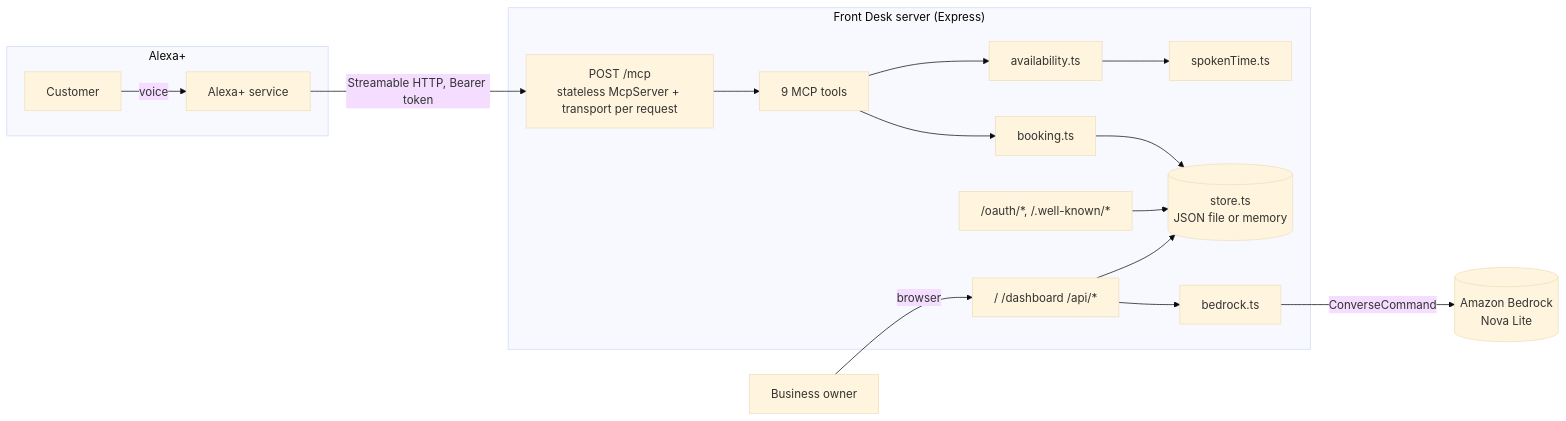
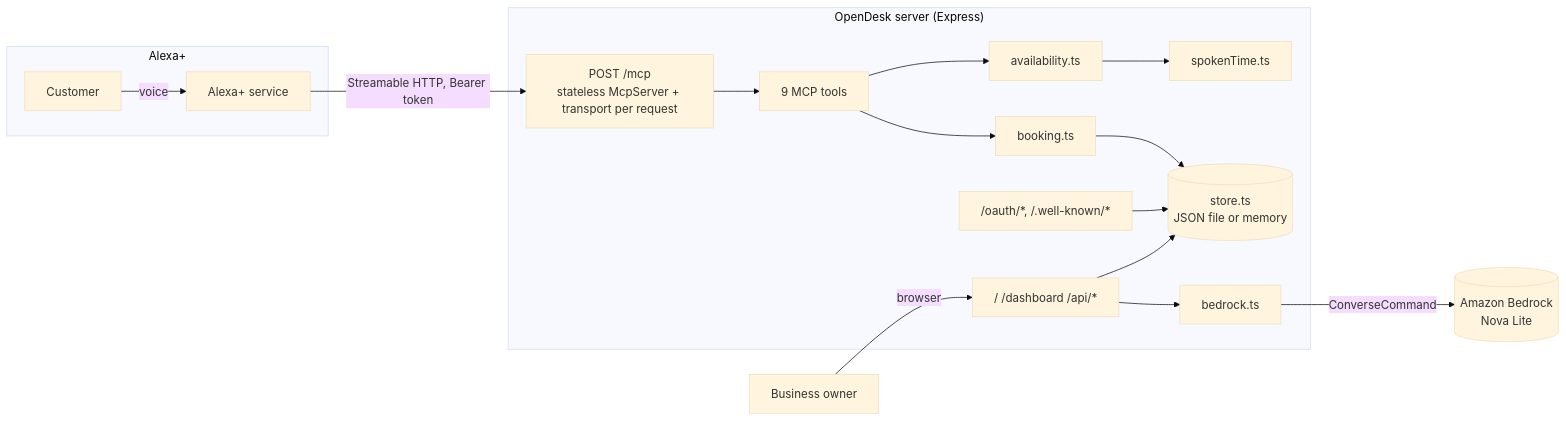
The diagram in README.md (H6NG/OpenDesk), drawn with Mermaid (base theme) before and after one commit. The commit also changed other lines of this file and 25 other files, not shown here.

````diff
--- a/README.md
+++ b/README.md
@@ -24,22 +24,22 @@
 ```mermaid
 flowchart LR
     subgraph Alexa["Alexa+"]
       A[Customer] -->|voice| Alexa_Service[Alexa+ service]
     end
 
     Alexa_Service -->|Streamable HTTP, Bearer token| MCP["POST /mcp\nstateless McpServer + transport per request"]
 
-    subgraph Server["Front Desk server (Express)"]
+    subgraph Server["OpenDesk server (Express)"]
       MCP --> Tools[9 MCP tools]
       Tools --> Booking[booking.ts]
       Tools --> Availability[availability.ts]
       Availability --> SpokenTime[spokenTime.ts]
       Booking --> Store[(store.ts\nJSON file or memory)]
       OAuth["/oauth/*, /.well-known/*"] --> Store
       Dashboard["/ /dashboard /api/*"] --> Store
       Dashboard --> Bedrock[bedrock.ts]
     end
 
     Owner[Business owner] -->|browser| Dashboard
     Bedrock -->|ConverseCommand| AWSBedrock[(Amazon Bedrock\nNova Lite)]
 ```
````
